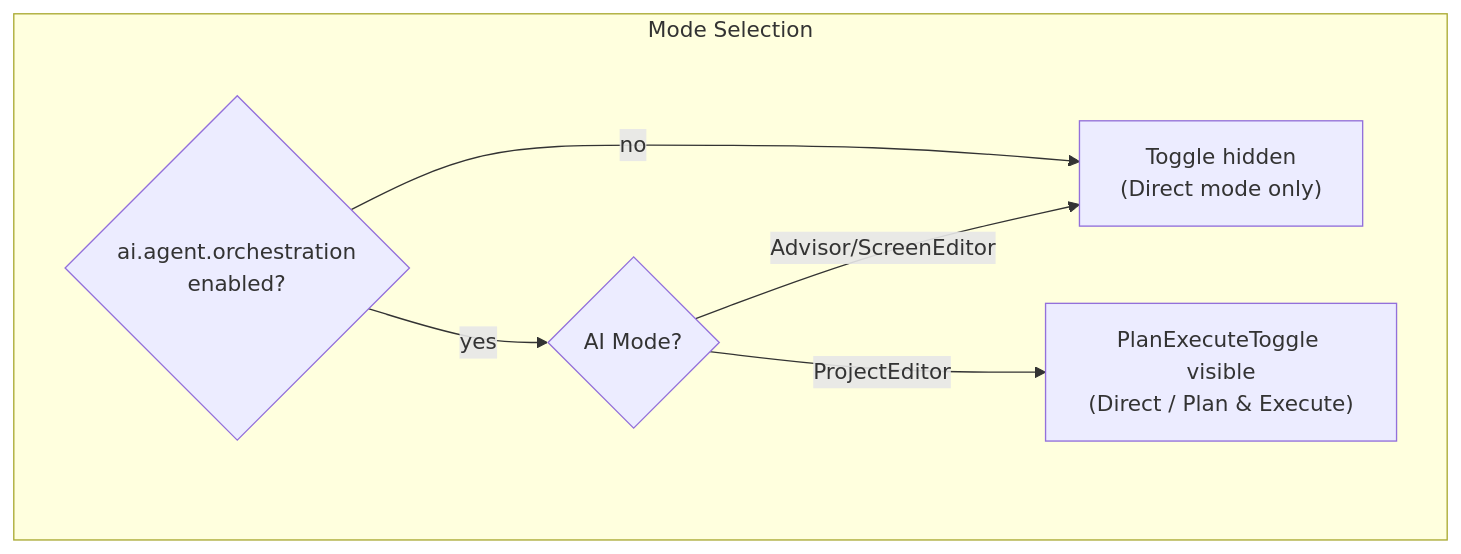
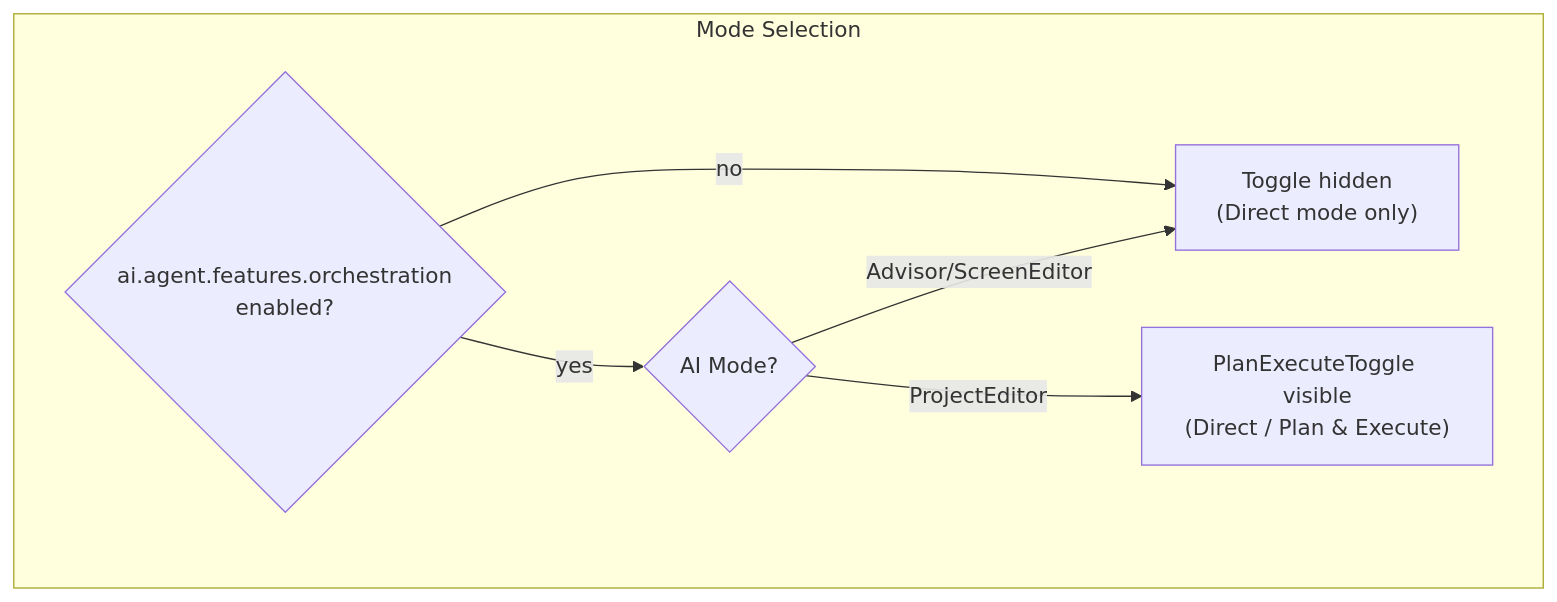
Diagram 13 of 18 in CONTRIBUTING_AI.md (mit-cml/appinventor-sources), drawn with Mermaid before and after one commit. The commit also changed other lines of this file and 4 other files, not shown here.

````diff
--- a/CONTRIBUTING_AI.md
+++ b/CONTRIBUTING_AI.md
@@ -987,14 +1002,14 @@
 ```mermaid
 flowchart TB
     subgraph "Mode Selection"
-        Flag{"ai.agent.orchestration<br/>enabled?"}
+        Flag{"ai.agent.features.orchestration<br/>enabled?"}
         Mode{"AI Mode?"}
         Toggle["PlanExecuteToggle visible<br/>(Direct / Plan & Execute)"]
         Hidden["Toggle hidden<br/>(Direct mode only)"]
 
         Flag -->|yes| Mode
         Flag -->|no| Hidden
         Mode -->|ProjectEditor| Toggle
         Mode -->|Advisor/ScreenEditor| Hidden
     end
 ```
````
